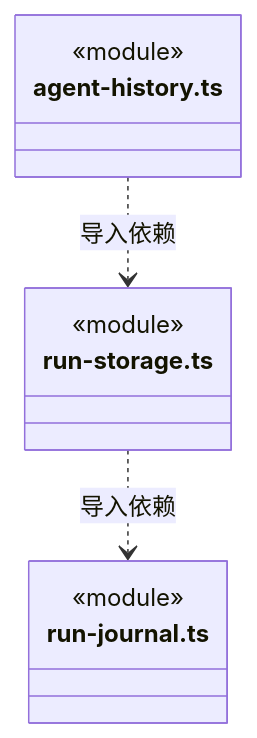
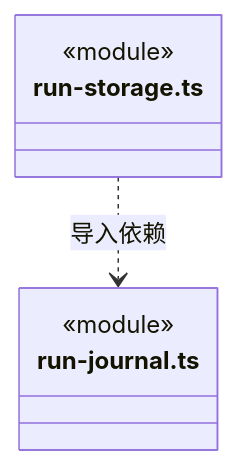
Diagram 12 of 12 in src/backend/main/persistence/tasks/ARCHITECTURE.md (nan023062/cbim), drawn with Mermaid before and after one commit. The commit also changed other lines of this file and 64 other files, not shown here.

````diff
--- a/src/backend/main/persistence/tasks/ARCHITECTURE.md
+++ b/src/backend/main/persistence/tasks/ARCHITECTURE.md
@@ -216,14 +310,10 @@
 ```mermaid
 classDiagram
-class N_src_backend_main_persistence_tasks_agent_history_ts["agent-history.ts"] {
-  <<module>>
-}
 class N_src_backend_main_persistence_tasks_run_storage_ts["run-storage.ts"] {
   <<module>>
 }
 class N_src_backend_main_persistence_tasks_run_journal_ts["run-journal.ts"] {
   <<module>>
 }
-N_src_backend_main_persistence_tasks_agent_history_ts ..> N_src_backend_main_persistence_tasks_run_storage_ts : 导入依赖
 N_src_backend_main_persistence_tasks_run_storage_ts ..> N_src_backend_main_persistence_tasks_run_journal_ts : 导入依赖
 ```
````
